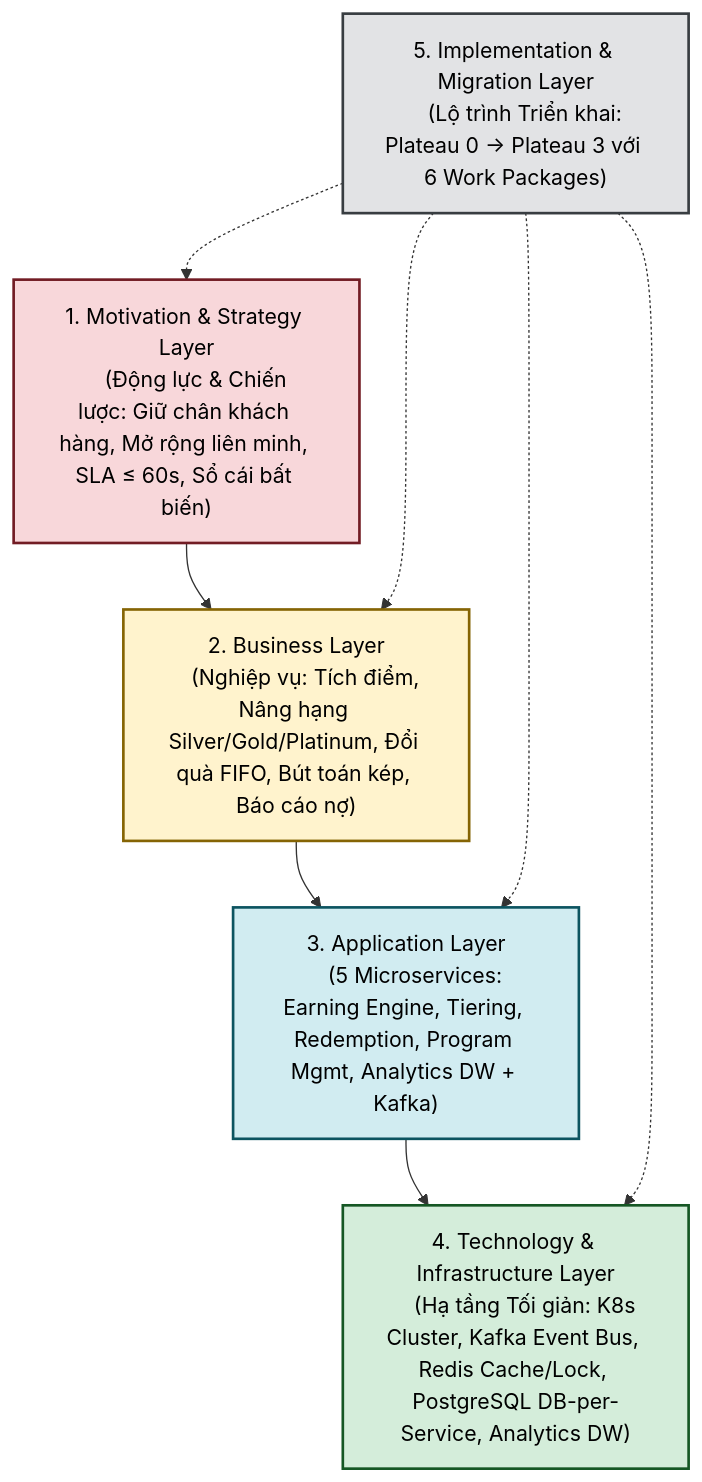
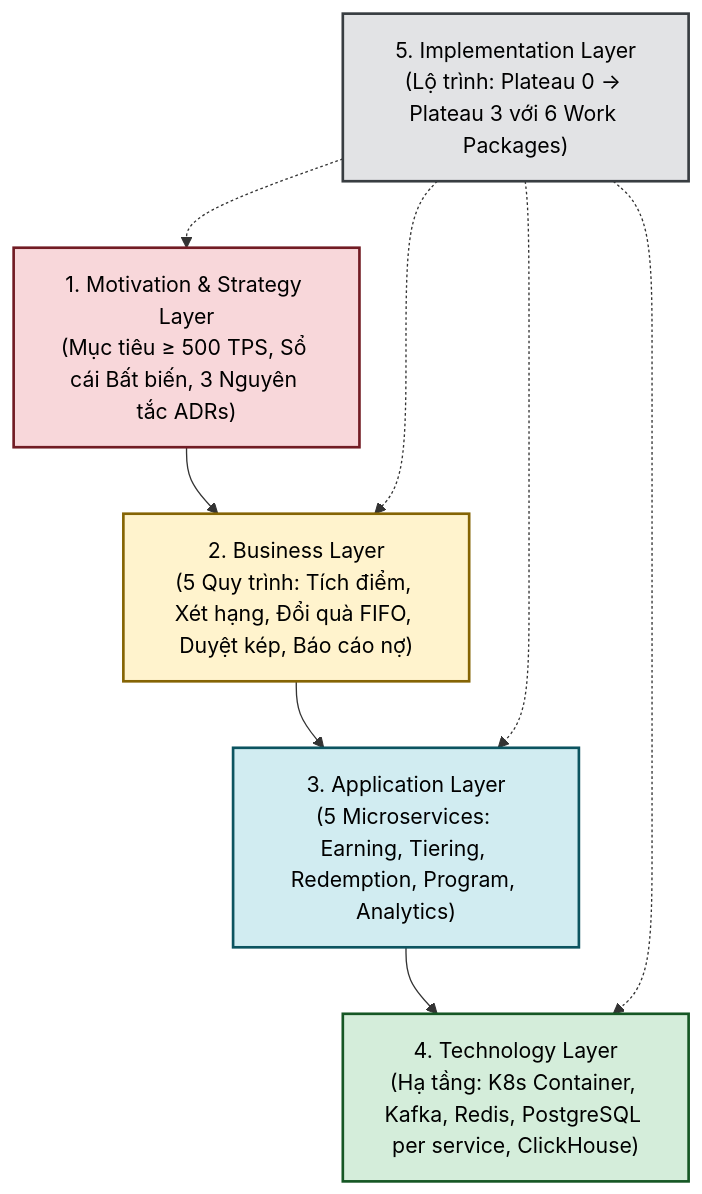
One commit to quangvtuet/loyalty_system_docs changed the first of 7 diagrams in architecture/ArchiMate-Layer-Diagrams.md. Above: the diagram before and after it, drawn with Mermaid. The commit also changed other lines of this file and 1 other file, not shown here.

````diff
--- a/architecture/ArchiMate-Layer-Diagrams.md
+++ b/architecture/ArchiMate-Layer-Diagrams.md
@@ -19,24 +17,16 @@
 ```mermaid
 flowchart TD
-    M["1. Motivation & Strategy Layer
-    (Động lực & Chiến lược: Giữ chân khách hàng, Mở rộng liên minh, SLA ≤ 60s, Sổ cái bất biến)"] --> B["2. Business Layer
-    (Nghiệp vụ: Tích điểm, Nâng hạng Silver/Gold/Platinum, Đổi quà FIFO, Bút toán kép, Báo cáo nợ)"]
-    
-    B --> A["3. Application Layer
-    (5 Microservices: Earning Engine, Tiering, Redemption, Program Mgmt, Analytics DW + Kafka)"]
-    
-    A --> T["4. Technology & Infrastructure Layer
-    (Hạ tầng Tối giản: K8s Cluster, Kafka Event Bus, Redis Cache/Lock, PostgreSQL DB-per-Service, Analytics DW)"]
-    
-    I["5. Implementation & Migration Layer
-    (Lộ trình Triển khai: Plateau 0 -> Plateau 3 với 6 Work Packages)"] -.-> M
+    M["1. Motivation & Strategy Layer\n(Mục tiêu ≥ 500 TPS, Sổ cái Bất biến, 3 Nguyên tắc ADRs)"] --> B["2. Business Layer\n(5 Quy trình: Tích điểm, Xét hạng, Đổi quà FIFO, Duyệt kép, Báo cáo nợ)"]
+    B --> A["3. Application Layer\n(5 Microservices: Earning, Tiering, Redemption, Program, Analytics)"]
+    A --> T["4. Technology Layer\n(Hạ tầng: K8s Container, Kafka, Redis, PostgreSQL per service, ClickHouse)"]
+    I["5. Implementation Layer\n(Lộ trình: Plateau 0 -> Plateau 3 với 6 Work Packages)"] -.-> M
     I -.-> B
     I -.-> A
     I -.-> T
 
     style M fill:#f8d7da,stroke:#721c24,stroke-width:2px,color:#000
     style B fill:#fff3cd,stroke:#856404,stroke-width:2px,color:#000
     style A fill:#d1ecf1,stroke:#0c5460,stroke-width:2px,color:#000
     style T fill:#d4edda,stroke:#155724,stroke-width:2px,color:#000
     style I fill:#e2e3e5,stroke:#383d41,stroke-width:2px,color:#000
 ```
````
